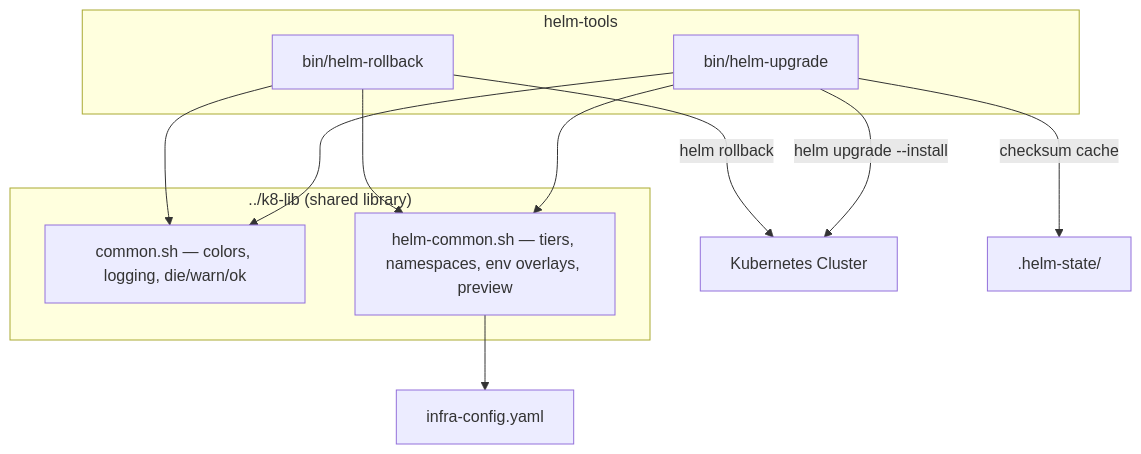
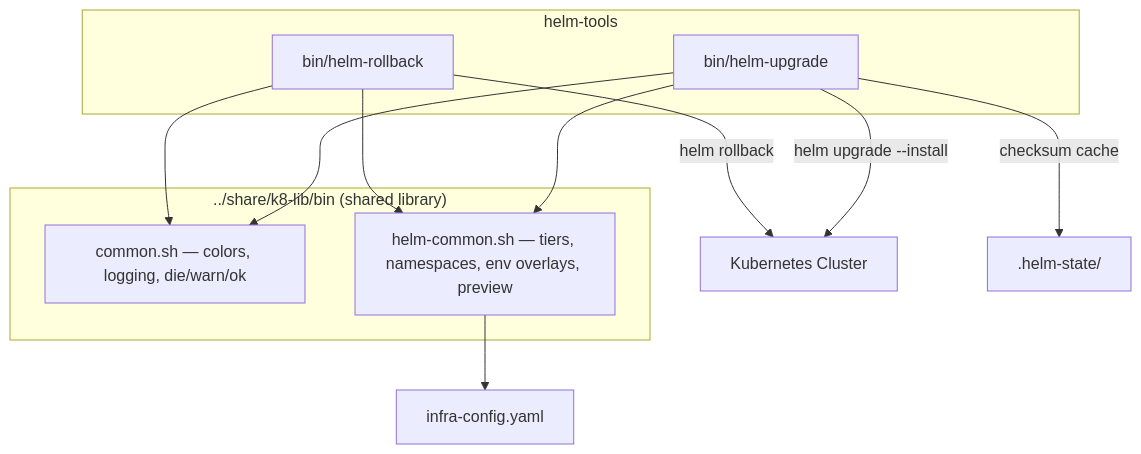
One commit to the-robot-lives/helm-tools changed the diagram in docs/PROJ-ARCH.md. Above: the diagram before and after it, drawn with Mermaid. The commit also changed other lines of this file and 2 other files, not shown here.

````diff
--- a/docs/PROJ-ARCH.md
+++ b/docs/PROJ-ARCH.md
@@ -9,23 +9,23 @@
 ```mermaid
 graph TB
     subgraph helm-tools
         HU[bin/helm-upgrade]
         HR[bin/helm-rollback]
     end
 
-    subgraph k8-lib ["../k8-lib (shared library)"]
+    subgraph k8-lib ["../share/k8-lib/bin (shared library)"]
         COM[common.sh — colors, logging, die/warn/ok]
         HC[helm-common.sh — tiers, namespaces, env overlays, preview]
     end
 
     HU --> COM
     HU --> HC
     HR --> COM
     HR --> HC
 
     HC --> CFG[infra-config.yaml]
 
     HU -->|helm upgrade --install| K8[Kubernetes Cluster]
     HR -->|helm rollback| K8
     HU -->|checksum cache| STATE[.helm-state/]
 ```
````
